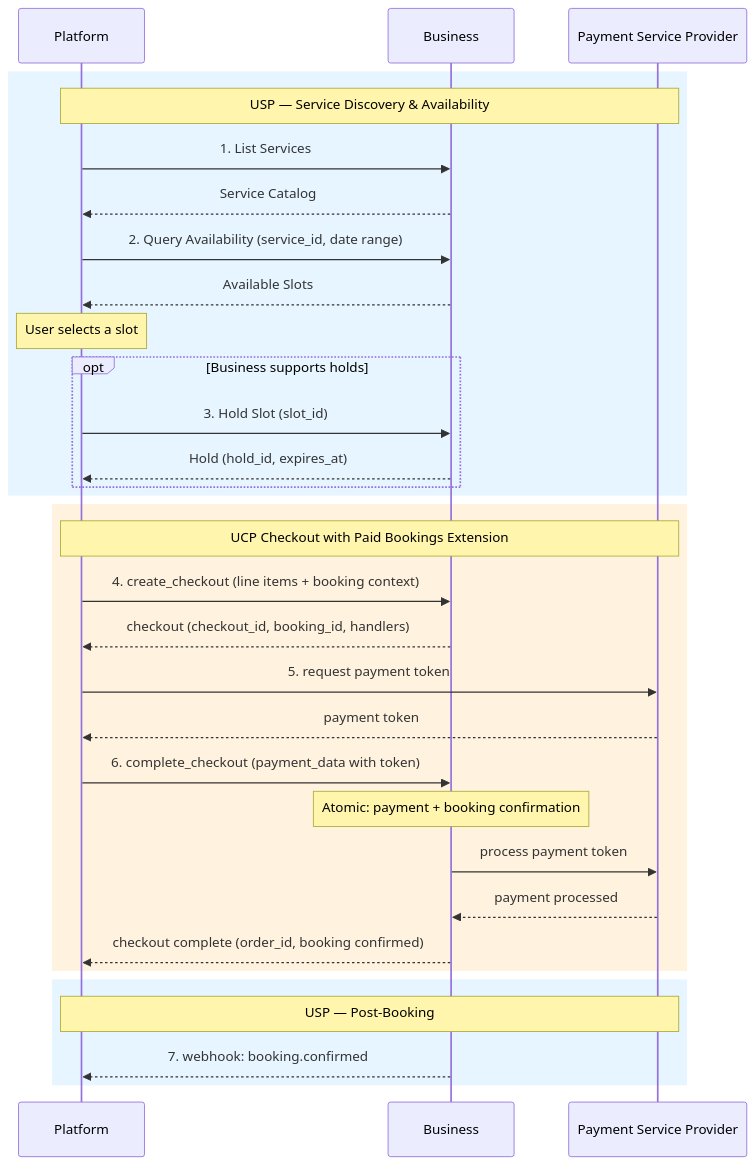
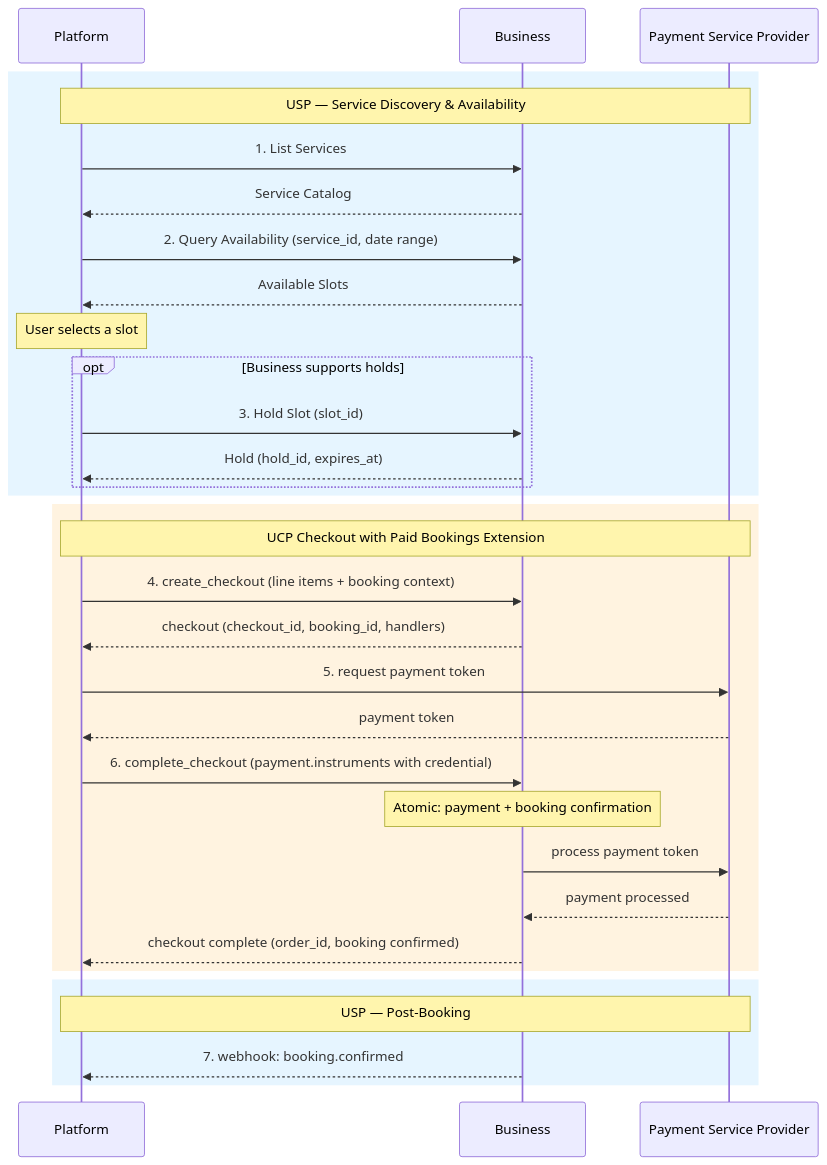
One commit to wix/universal-scheduling-protocol changed the second of 2 diagrams in site-docs/deployment-modes/ucp-native.md. Above: the diagram before and after it, drawn with Mermaid. The commit also changed other lines of this file and 3 other files, not shown here.

````diff
--- a/site-docs/deployment-modes/ucp-native.md
+++ b/site-docs/deployment-modes/ucp-native.md
@@ -462,37 +475,37 @@
 ```mermaid
 sequenceDiagram
     participant P as Platform
     participant B as Business
     participant PSP as Payment Service Provider
 
     rect rgb(230, 245, 255)
     Note over P,PSP: USP — Service Discovery & Availability
     P->>B: 1. List Services
     B-->>P: Service Catalog
     P->>B: 2. Query Availability (service_id, date range)
     B-->>P: Available Slots
     Note over P: User selects a slot
     opt Business supports holds
     P->>B: 3. Hold Slot (slot_id)
     B-->>P: Hold (hold_id, expires_at)
     end
     end
 
     rect rgb(255, 243, 224)
     Note over P,PSP: UCP Checkout with Paid Bookings Extension
     P->>B: 4. create_checkout (line items + booking context)
     B-->>P: checkout (checkout_id, booking_id, handlers)
     P->>PSP: 5. request payment token
     PSP-->>P: payment token
-    P->>B: 6. complete_checkout (payment_data with token)
+    P->>B: 6. complete_checkout (payment.instruments with credential)
     Note over B: Atomic: payment + booking confirmation
     B->>PSP: process payment token
     PSP-->>B: payment processed
     B-->>P: checkout complete (order_id, booking confirmed)
     end
 
     rect rgb(230, 245, 255)
     Note over P,PSP: USP — Post-Booking
     B-->>P: 7. webhook: booking.confirmed
     end
 ```
````
